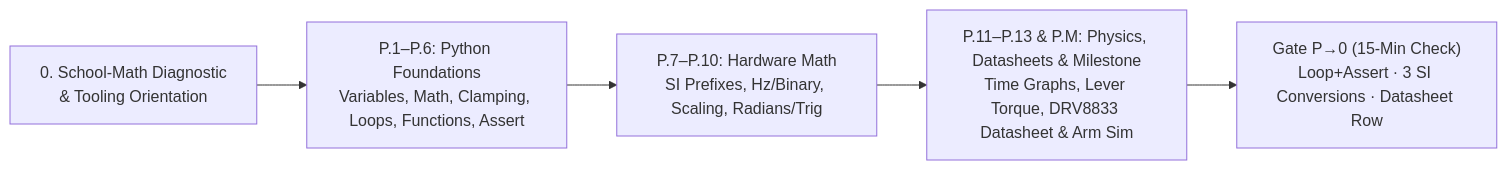
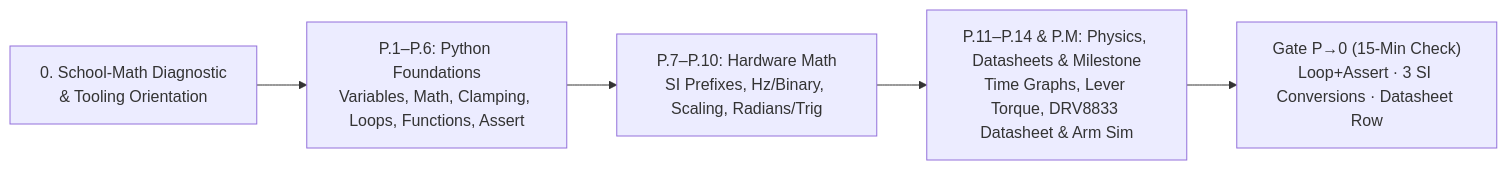
The diagram in track-p/README.md (TLE47/Mechatronics-Roadmap), drawn with Mermaid before and after one commit. The commit also changed 5 other files, not shown here.

````diff
--- a/track-p/README.md
+++ b/track-p/README.md
@@ -5,7 +5,7 @@
 ```mermaid
 flowchart LR
     Diag["0. School-Math Diagnostic<br/>& Tooling Orientation"] --> Py["P.1–P.6: Python Foundations<br/>Variables, Math, Clamping, Loops, Functions, Assert"]
     Py --> Math["P.7–P.10: Hardware Math<br/>SI Prefixes, Hz/Binary, Scaling, Radians/Trig"]
-    Math --> Phys["P.11–P.13 & P.M: Physics, Datasheets & Milestone<br/>Time Graphs, Lever Torque, DRV8833 Datasheet & Arm Sim"]
+    Math --> Phys["P.11–P.14 & P.M: Physics, Datasheets & Milestone<br/>Time Graphs, Lever Torque, DRV8833 Datasheet & Arm Sim"]
     Phys --> GateP0["Gate P→0 (15-Min Check)<br/>Loop+Assert · 3 SI Conversions · Datasheet Row"]
 ```
````
